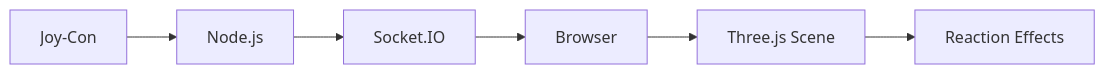
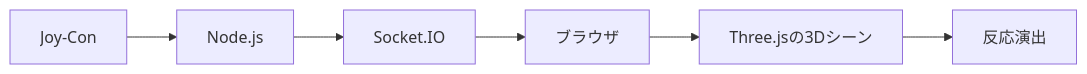
One commit to indo40722/vcl-case-study changed the first of 2 diagrams in README.md. Above: the diagram before and after it, drawn with Mermaid. The commit also changed other lines of this file, not shown here.

````diff
--- a/README.md
+++ b/README.md
@@ -56,8 +56,8 @@
 ```mermaid
 flowchart LR
   A[Joy-Con] --> B[Node.js]
   B --> C[Socket.IO]
-  C --> D[Browser]
-  D --> E[Three.js Scene]
-  E --> F[Reaction Effects]
+  C --> D[ブラウザ]
+  D --> E[Three.jsの3Dシーン]
+  E --> F[反応演出]
 ```
````
